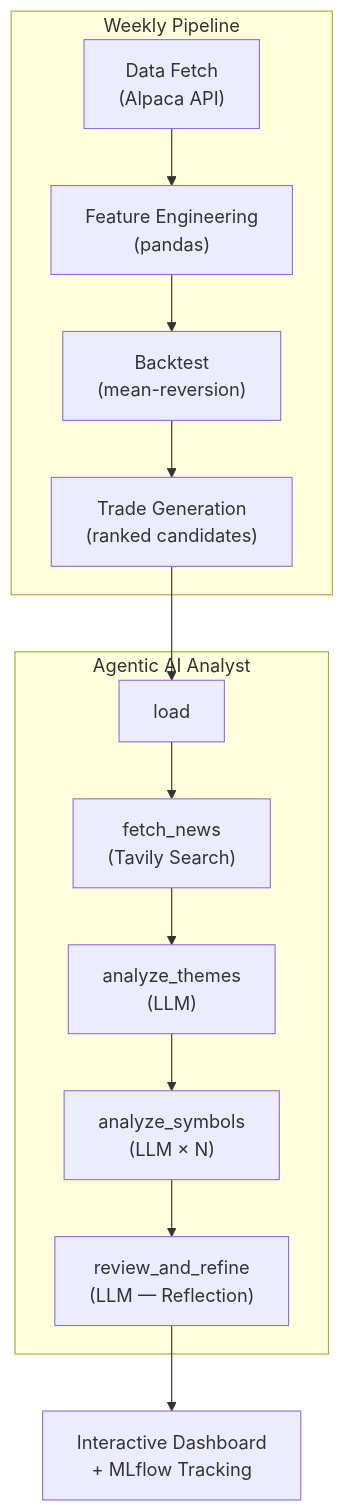
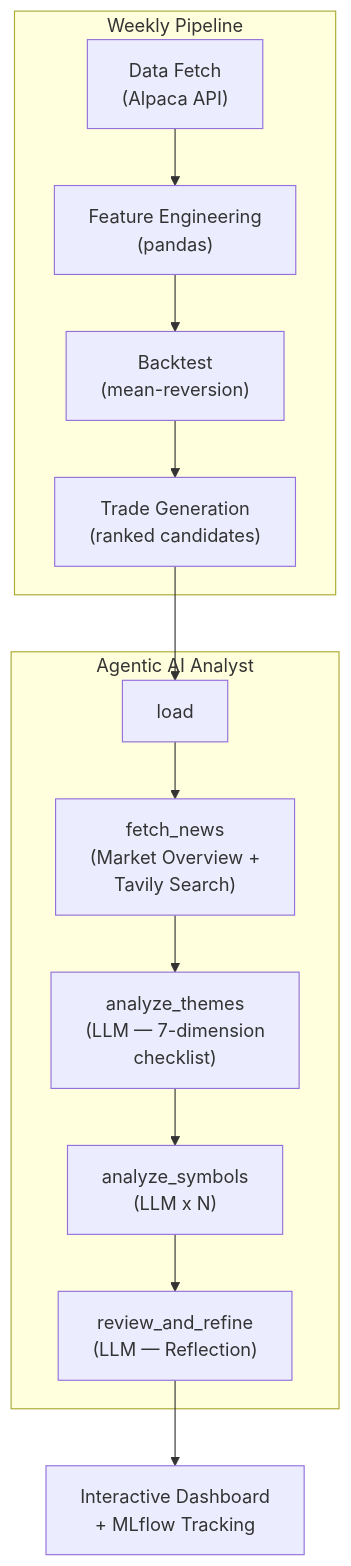
Before and after one commit to kgrajski/trading_etf: the first of 2 diagrams in README.md, drawn with Mermaid. The commit also changed other lines of this file and 3 other files, not shown here.

````diff
--- a/README.md
+++ b/README.md
@@ -23,18 +60,18 @@
 ```mermaid
 flowchart TD
     subgraph pipeline ["Weekly Pipeline"]
         A["Data Fetch<br>(Alpaca API)"] --> B["Feature Engineering<br>(pandas)"]
         B --> C["Backtest<br>(mean-reversion)"]
         C --> D["Trade Generation<br>(ranked candidates)"]
     end
 
     subgraph agent ["Agentic AI Analyst"]
-        E["load"] --> F["fetch_news<br>(Tavily Search)"]
-        F --> G["analyze_themes<br>(LLM)"]
-        G --> H["analyze_symbols<br>(LLM × N)"]
+        E["load"] --> F["fetch_news<br>(Market Overview +<br>Tavily Search)"]
+        F --> G["analyze_themes<br>(LLM — 7-dimension<br>checklist)"]
+        G --> H["analyze_symbols<br>(LLM x N)"]
         H --> I["review_and_refine<br>(LLM — Reflection)"]
     end
 
     D --> E
     I --> J["Interactive Dashboard<br>+ MLflow Tracking"]
 ```
````
